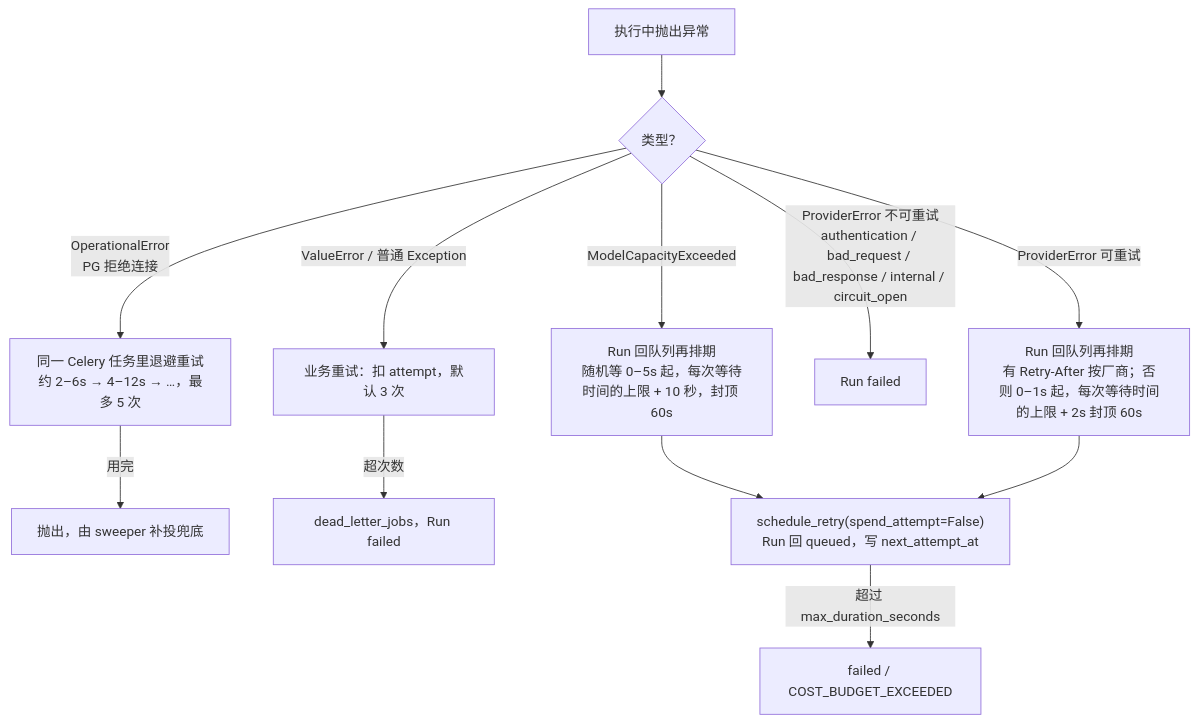
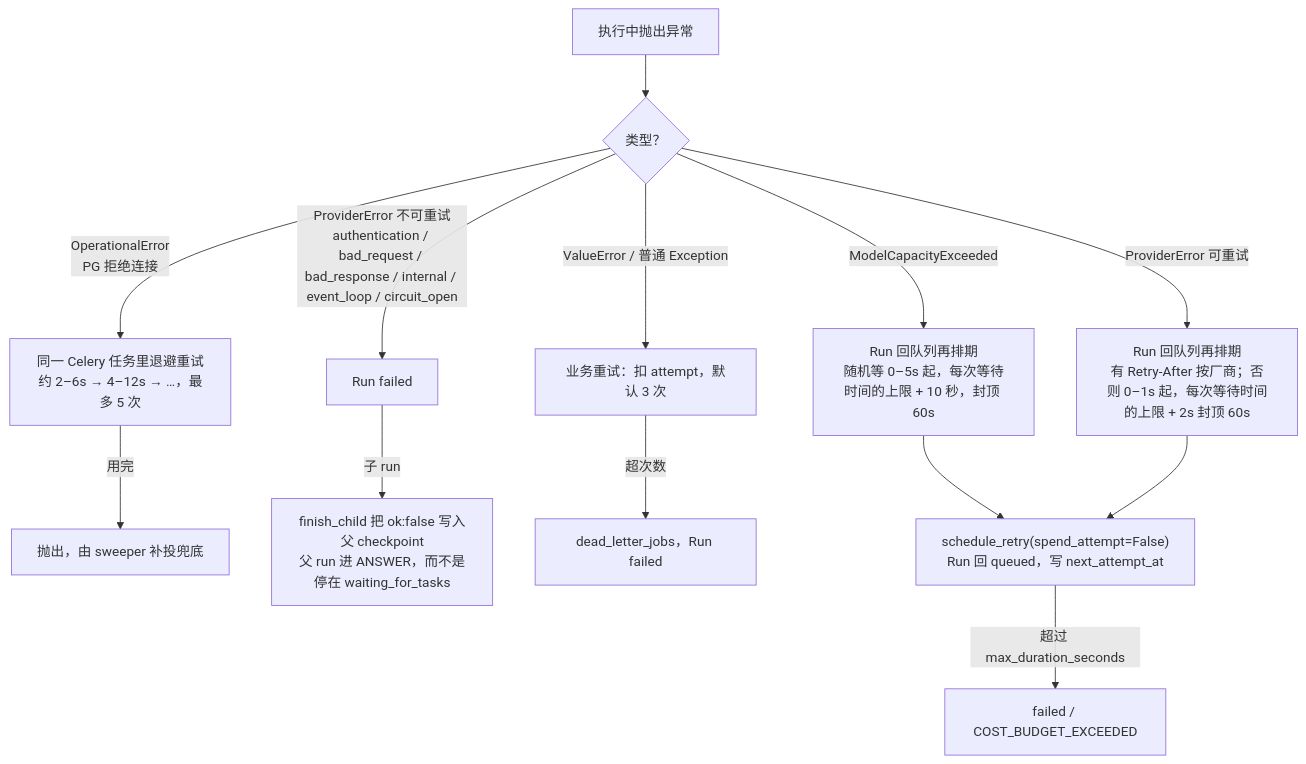
One commit to JuliaZzy/KA-Account-Agent changed the third of 5 diagrams in docs/performance/retry.md. Above: the diagram before and after it, drawn with Mermaid. The commit also changed other lines of this file and 51 other files, not shown here.

````diff
--- a/docs/performance/retry.md
+++ b/docs/performance/retry.md
@@ -206,14 +207,15 @@
 ```mermaid
 flowchart TD
     X["执行中抛出异常"] --> T{"类型？"}
     T -->|"OperationalError<br/>PG 拒绝连接"| D1["同一 Celery 任务里退避重试<br/>约 2–6s → 4–12s → …，最多 5 次"]
     D1 -->|"用完"| D2["抛出，由 sweeper 补投兜底"]
     T -->|"ModelCapacityExceeded"| I1["Run 回队列再排期<br/>随机等 0–5s 起，每次等待时间的上限 + 10 秒，封顶 60s"]
     T -->|"ProviderError 可重试"| I2["Run 回队列再排期<br/>有 Retry-After 按厂商；否则 0–1s 起，每次等待时间的上限 + 2s 封顶 60s"]
-    T -->|"ProviderError 不可重试<br/>authentication / bad_request / bad_response / internal / circuit_open"| F["Run failed"]
+    T -->|"ProviderError 不可重试<br/>authentication / bad_request / bad_response / internal / event_loop / circuit_open"| F["Run failed"]
+    F -->|"子 run"| F2["finish_child 把 ok:false 写入父 checkpoint<br/>父 run 进 ANSWER，而不是停在 waiting_for_tasks"]
     T -->|"ValueError / 普通 Exception"| B1["业务重试：扣 attempt，默认 3 次"]
     B1 -->|"超次数"| DL["dead_letter_jobs，Run failed"]
     I1 --> Q["schedule_retry(spend_attempt=False)<br/>Run 回 queued，写 next_attempt_at"]
     I2 --> Q
     Q -->|"超过 max_duration_seconds"| CB["failed / COST_BUDGET_EXCEEDED"]
 ```
````
